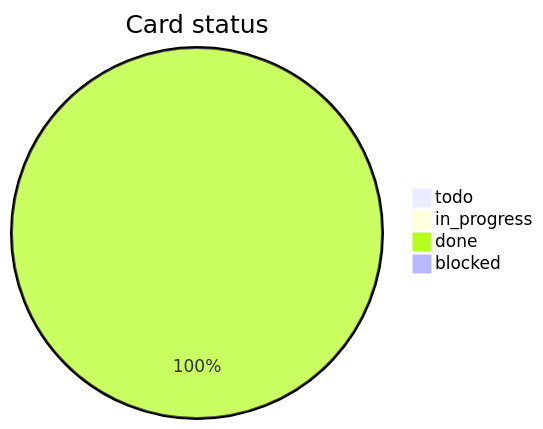
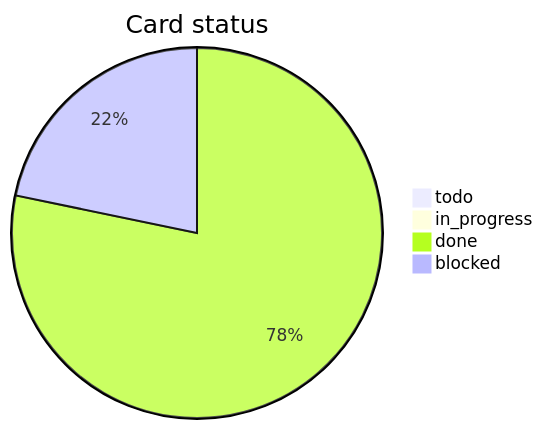
One commit to 2tsoftwareapp/super-template changed the diagram in .agents/sessions/Task-3-Task-2-feature-06-notifications/TASKS.md. Above: the diagram before and after it, drawn with Mermaid. The commit also changed other lines of this file and 32 other files, not shown here.

````diff
--- a/.agents/sessions/Task-3-Task-2-feature-06-notifications/TASKS.md
+++ b/.agents/sessions/Task-3-Task-2-feature-06-notifications/TASKS.md
@@ -60,7 +70,7 @@
 ```mermaid
 pie title Card status
   "todo" : 0
   "in_progress" : 0
-  "done" : 13
-  "blocked" : 0
+  "done" : 18
+  "blocked" : 5
 ```
````
